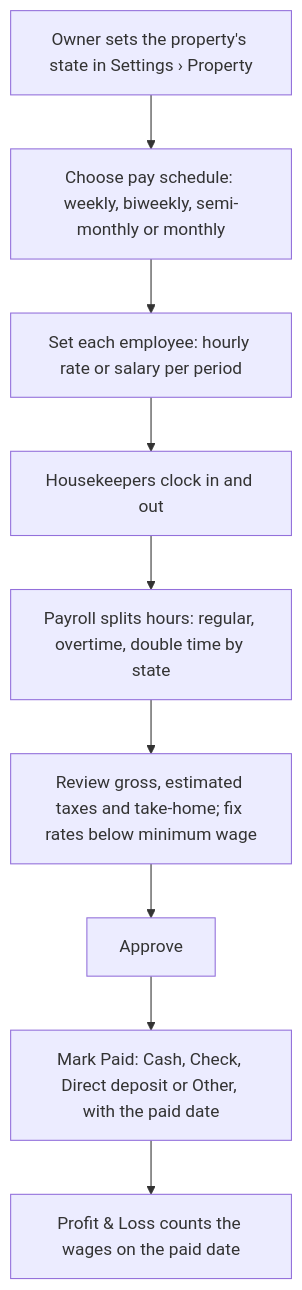
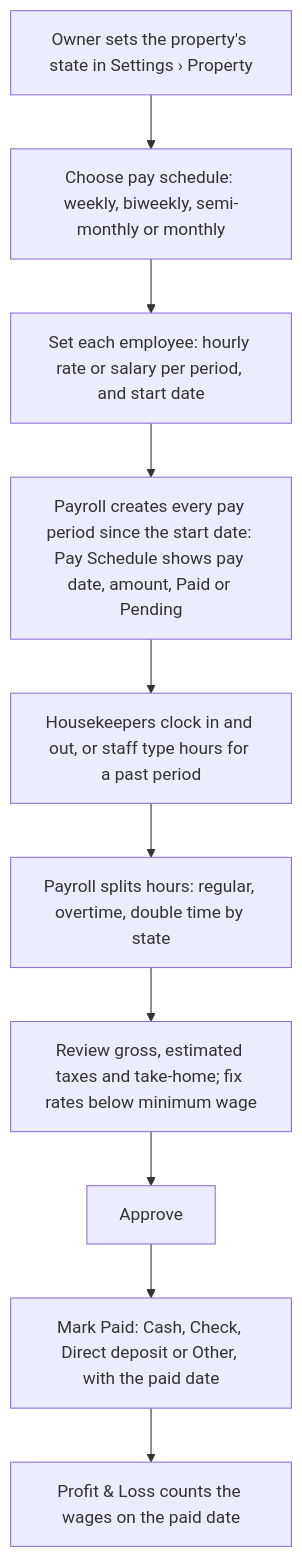
One commit to axellonecommerce-pixel/Hotel-PMS-Backend changed the eighth of 14 diagrams in docs/user-flow.md. Above: the diagram before and after it, drawn with Mermaid. The commit also changed 10 other files, not shown here.

First line of the commit message:
Payroll back pay from start date, typed-in past hours and pay schedule; payment source notes; managers manage staff logins; clock times in property time zone

````diff
--- a/docs/user-flow.md
+++ b/docs/user-flow.md
@@ -129,11 +129,12 @@
 ```mermaid
 flowchart TD
   A[Owner sets the property's state in Settings › Property] --> B[Choose pay schedule: weekly, biweekly, semi-monthly or monthly]
-  B --> C[Set each employee: hourly rate or salary per period]
-  C --> D[Housekeepers clock in and out]
+  B --> C[Set each employee: hourly rate or salary per period, and start date]
+  C --> C2[Payroll creates every pay period since the start date: Pay Schedule shows pay date, amount, Paid or Pending]
+  C2 --> D[Housekeepers clock in and out, or staff type hours for a past period]
   D --> E[Payroll splits hours: regular, overtime, double time by state]
   E --> F[Review gross, estimated taxes and take-home; fix rates below minimum wage]
   F --> G[Approve]
   G --> H[Mark Paid: Cash, Check, Direct deposit or Other, with the paid date]
   H --> I[Profit & Loss counts the wages on the paid date]
 ```
````
